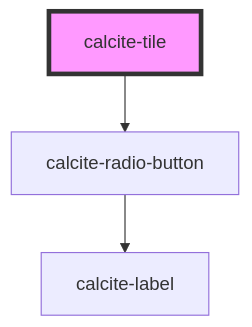
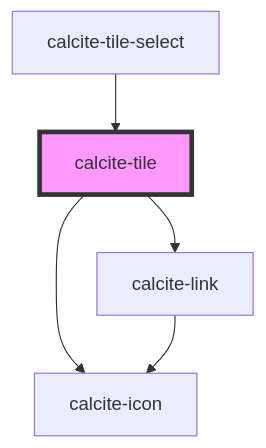
The diagram in src/components/calcite-tile/readme.md (Esri/calcite-design-system), drawn with Mermaid before and after one commit. The commit also changed other lines of this file and 6 other files, not shown here.

````diff
--- a/src/components/calcite-tile/readme.md
+++ b/src/components/calcite-tile/readme.md
@@ -20,6 +32,8 @@
 ```mermaid
 graph TD;
-  calcite-tile --> calcite-radio-button
-  calcite-radio-button --> calcite-label
+  calcite-tile --> calcite-icon
+  calcite-tile --> calcite-link
+  calcite-link --> calcite-icon
+  calcite-tile-select --> calcite-tile
   style calcite-tile fill:#f9f,stroke:#333,stroke-width:4px
 ```
````
